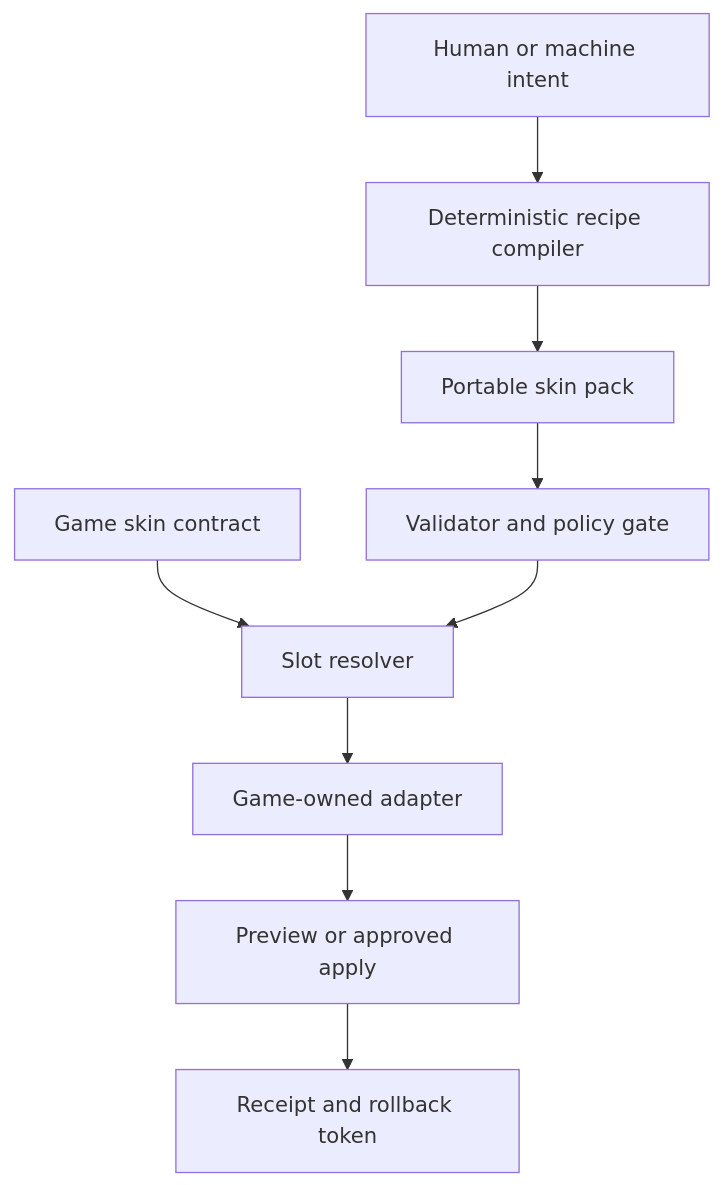
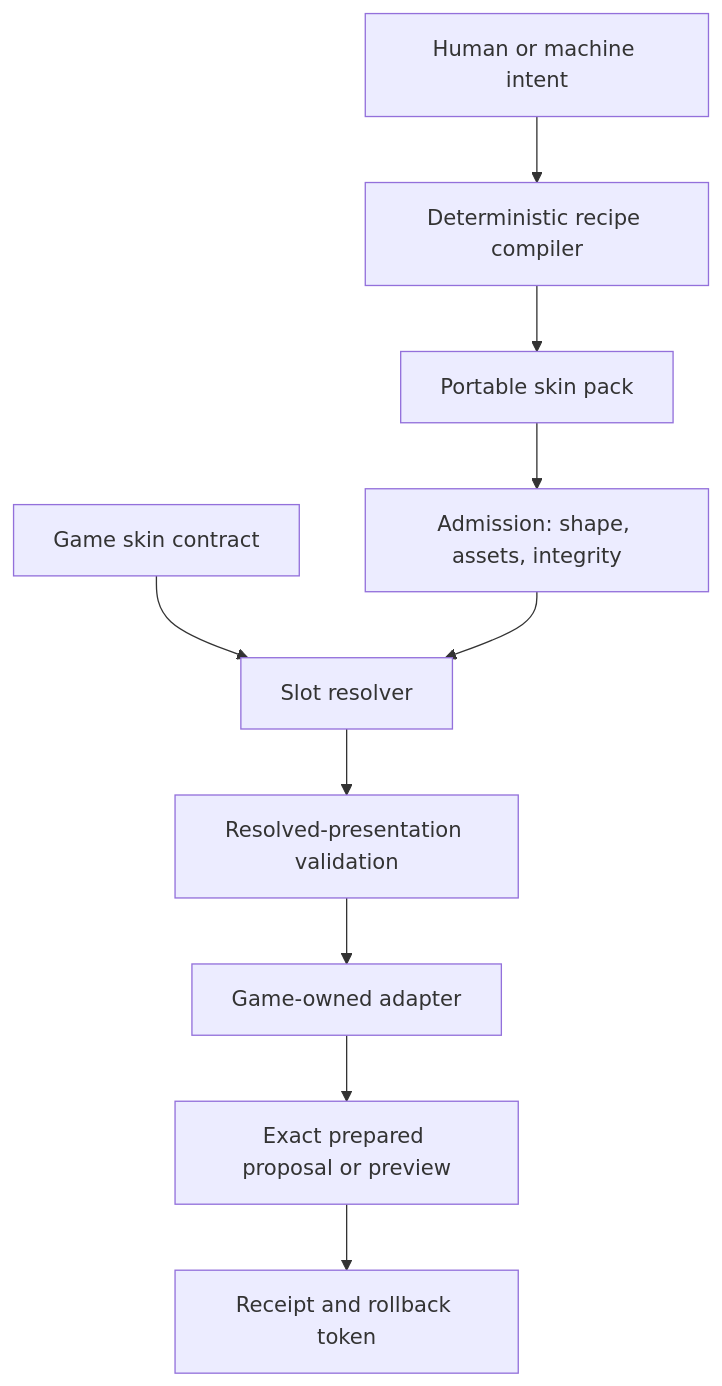
One commit to mike-axiom-mir/axm-collaboration-platform changed the diagram in shared/style-fabric/docs/ARCHITECTURE.md. Above: the diagram before and after it, drawn with Mermaid. The commit also changed other lines of this file and 239 other files, not shown here.

````diff
--- a/shared/style-fabric/docs/ARCHITECTURE.md
+++ b/shared/style-fabric/docs/ARCHITECTURE.md
@@ -18,11 +18,12 @@
 ```mermaid
 flowchart TD
     A["Human or machine intent"] --> B["Deterministic recipe compiler"]
     B --> C["Portable skin pack"]
-    C --> D["Validator and policy gate"]
+    C --> D["Admission: shape, assets, integrity"]
     G["Game skin contract"] --> E["Slot resolver"]
     D --> E
-    E --> F["Game-owned adapter"]
-    F --> H["Preview or approved apply"]
+    E --> R["Resolved-presentation validation"]
+    R --> F["Game-owned adapter"]
+    F --> H["Exact prepared proposal or preview"]
     H --> I["Receipt and rollback token"]
 ```
````
